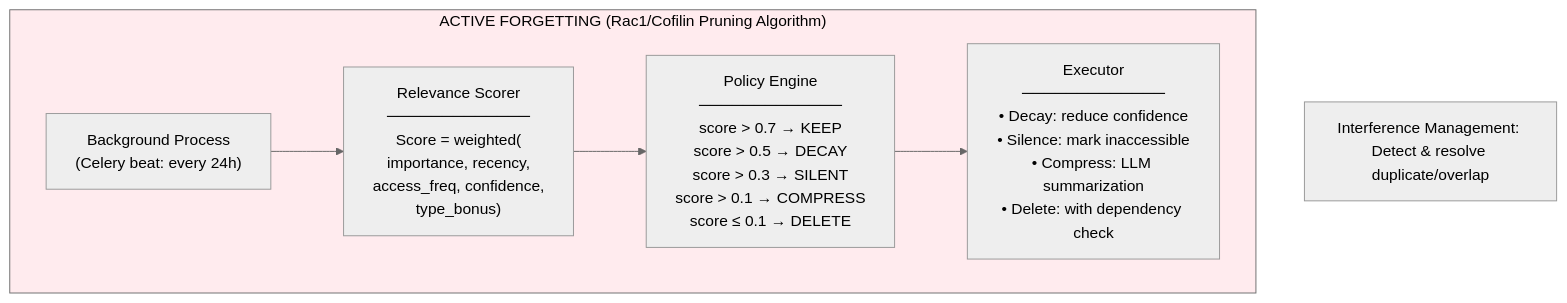
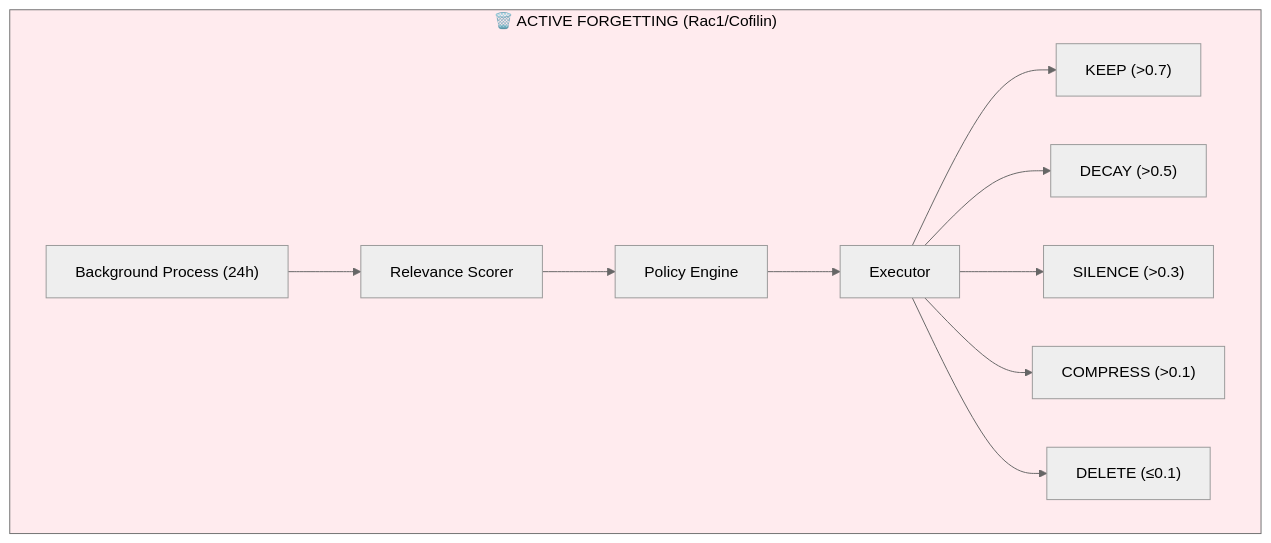
One commit to avinash-mall/CognitiveMemoryLayer changed the ninth of 9 diagrams in README.md. Above: the diagram before and after it, drawn with Mermaid (neutral theme). The commit also changed other lines of this file and 31 other files, not shown here.

Commit message:
fix: mermaid text visibility and quote formatting

````diff
--- a/README.md
+++ b/README.md
@@ -348,10 +370,15 @@
 ```mermaid
 flowchart TB
-    subgraph Forget["ACTIVE FORGETTING (Rac1/Cofilin Pruning Algorithm)"]
-        bg["Background Process<br/>(Celery beat: every 24h)"] --> scorer["Relevance Scorer<br/>─────────────<br/>Score = weighted(<br/>importance, recency,<br/>access_freq, confidence,<br/>type_bonus)"]
-        scorer --> policy["Policy Engine<br/>─────────────<br/>score > 0.7 → KEEP<br/>score > 0.5 → DECAY<br/>score > 0.3 → SILENT<br/>score > 0.1 → COMPRESS<br/>score ≤ 0.1 → DELETE"]
-        policy --> executor["Executor<br/>─────────────<br/>• Decay: reduce confidence<br/>• Silence: mark inaccessible<br/>• Compress: LLM summarization<br/>• Delete: with dependency check"]
+    subgraph Forget["🗑️ ACTIVE FORGETTING (Rac1/Cofilin)"]
+        bg["Background Process (24h)"] --> scorer["Relevance Scorer"]
+        scorer --> policy["Policy Engine"]
+        policy --> executor["Executor"]
+        
+        executor --> keep["KEEP (>0.7)"]
+        executor --> decay["DECAY (>0.5)"]
+        executor --> silent["SILENCE (>0.3)"]
+        executor --> compress["COMPRESS (>0.1)"]
+        executor --> delete["DELETE (≤0.1)"]
     end
-    interference["Interference Management: Detect & resolve duplicate/overlap"]
     style Forget fill:#ffebee,color:#000
 ```
````
